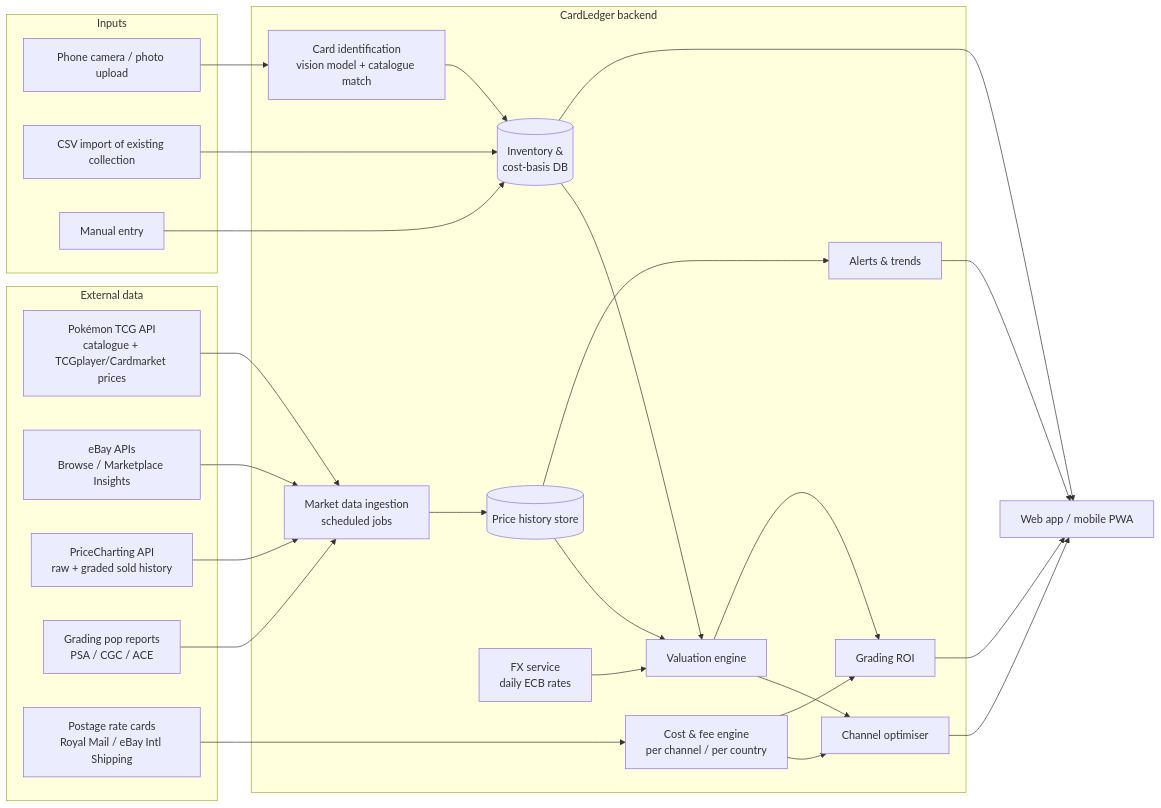
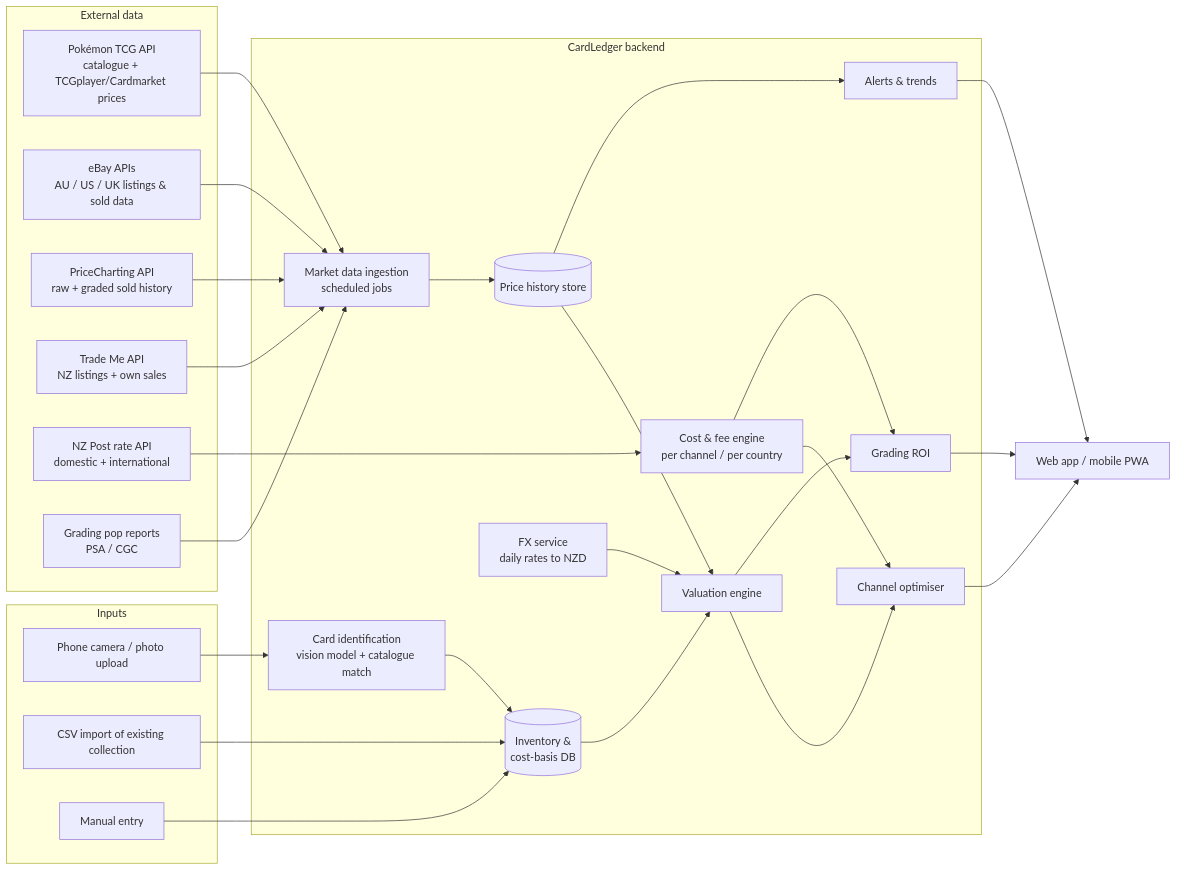
One commit to mobilite/helloworld changed the diagram in docs/SOLUTION_DESIGN.md. Above: the diagram before and after it, drawn with Mermaid. The commit also changed other lines of this file and 4 other files, not shown here.

````diff
--- a/docs/SOLUTION_DESIGN.md
+++ b/docs/SOLUTION_DESIGN.md
@@ -36,46 +37,46 @@
 ```mermaid
 flowchart LR
     subgraph Inputs
         A[Phone camera / photo upload]
         B[CSV import of existing collection]
         C[Manual entry]
     end
 
     subgraph Core["CardLedger backend"]
         ID[Card identification<br/>vision model + catalogue match]
         INV[(Inventory &<br/>cost-basis DB)]
         ING[Market data ingestion<br/>scheduled jobs]
         PX[(Price history store)]
-        FX[FX service<br/>daily ECB rates]
+        FX[FX service<br/>daily rates to NZD]
         VAL[Valuation engine]
         COST[Cost & fee engine<br/>per channel / per country]
         OPT[Channel optimiser]
         GRD[Grading ROI]
         ALR[Alerts & trends]
     end
 
     subgraph Sources["External data"]
         S1[Pokémon TCG API<br/>catalogue + TCGplayer/Cardmarket prices]
-        S2[eBay APIs<br/>Browse / Marketplace Insights]
+        S2[eBay APIs<br/>AU / US / UK listings & sold data]
         S3[PriceCharting API<br/>raw + graded sold history]
-        S4[Grading pop reports<br/>PSA / CGC / ACE]
-        S5[Postage rate cards<br/>Royal Mail / eBay Intl Shipping]
+        S4[Trade Me API<br/>NZ listings + own sales]
+        S5[NZ Post rate API<br/>domestic + international]
+        S6[Grading pop reports<br/>PSA / CGC]
     end
 
     A --> ID --> INV
     B --> INV
     C --> INV
-    S1 & S2 & S3 & S4 --> ING --> PX
+    S1 & S2 & S3 & S4 & S6 --> ING --> PX
     FX --> VAL
     PX --> VAL
     INV --> VAL --> OPT
     COST --> OPT
     COST --> GRD
     VAL --> GRD
     S5 --> COST
     PX --> ALR
     OPT --> UI[Web app / mobile PWA]
     GRD --> UI
     ALR --> UI
-    INV --> UI
 ```
````
